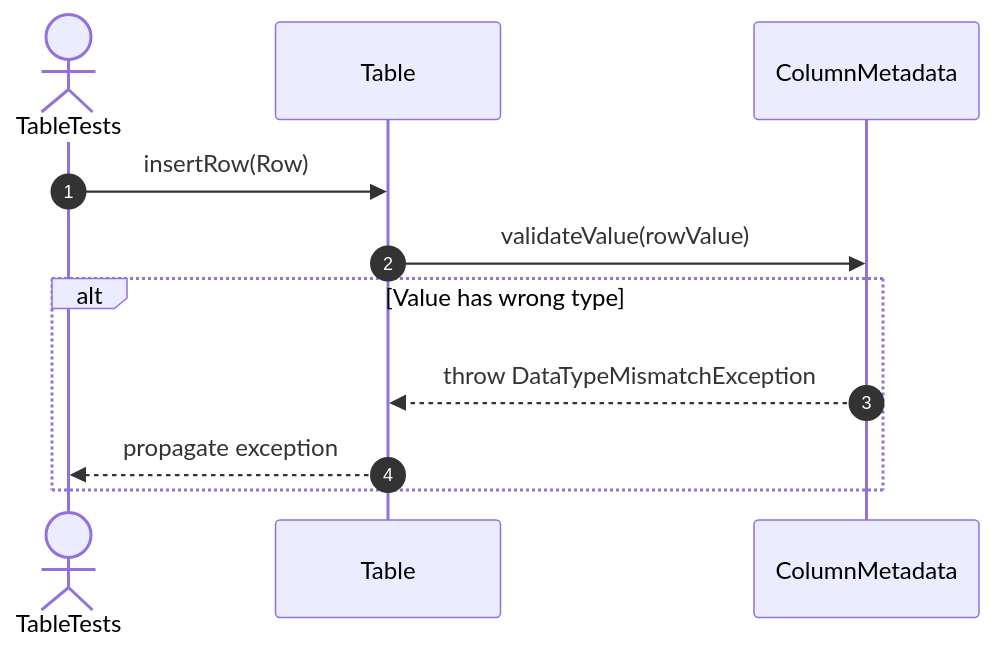
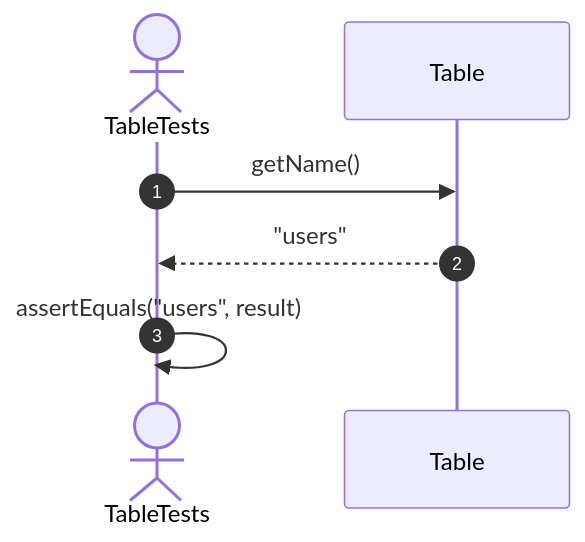
The ninth of 53 diagrams in src/tests/unit/metadata/sequences/tables-testing.se.md (FhuAnn/-bbv-AN-s-DBMS), drawn with Mermaid before and after one commit. The commit also changed other lines of this file and 7 other files, not shown here.

Commit message:
table and row run test successfully

````diff
--- a/src/tests/unit/metadata/sequences/tables-testing.se.md
+++ b/src/tests/unit/metadata/sequences/tables-testing.se.md
@@ -162,15 +155,10 @@
 ```mermaid
 sequenceDiagram
     autonumber
     actor Test as TableTests
     participant Table as Table
-    participant Column as ColumnMetadata
 
-    Test->>Table: insertRow(Row)
-    Table->>Column: validateValue(rowValue)
-
-    alt Value has wrong type
-        Column-->>Table: throw DataTypeMismatchException
-        Table-->>Test: propagate exception
-    end
+    Test->>Table: getName()
+    Table-->>Test: "users"
+    Test->>Test: assertEquals("users", result)
 ```
````
